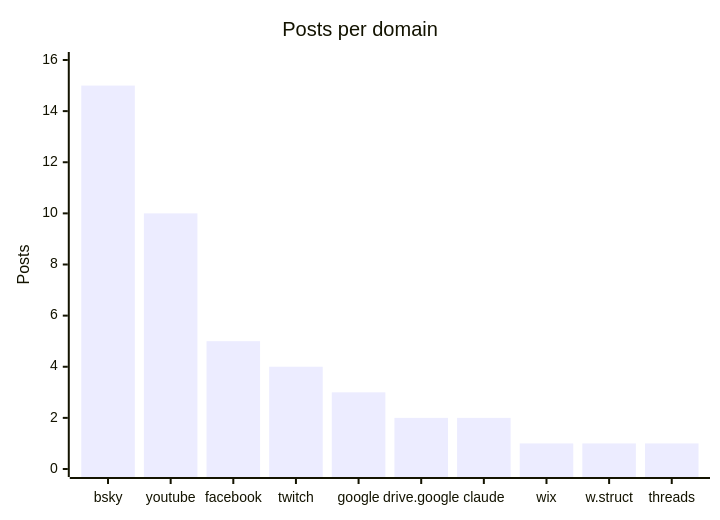
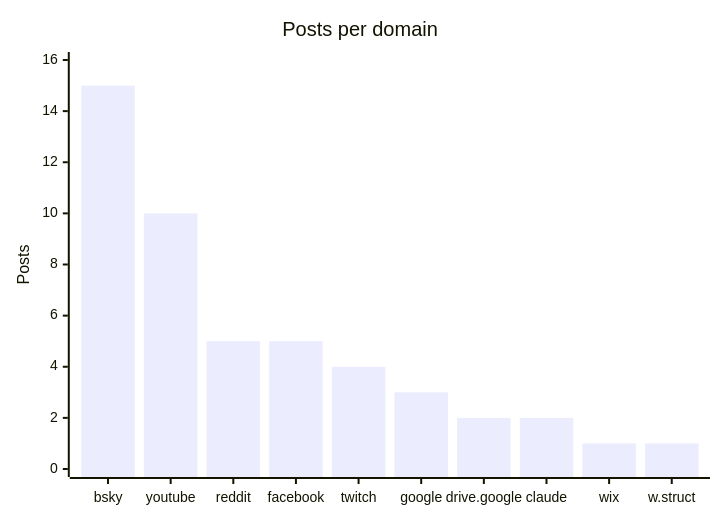
Before and after one commit to martinbalfanz/social-scanner-reports: the fourth of 4 diagrams in README.md, drawn with Mermaid. The commit also changed other lines of this file and 2 other files, not shown here.

````diff
--- a/README.md
+++ b/README.md
@@ -58,7 +58,7 @@
 ```mermaid
 xychart-beta
     title "Posts per domain"
-    x-axis ["bsky", "youtube", "facebook", "twitch", "google", "drive.google", "claude", "wix", "w.struct", "threads"]
+    x-axis ["bsky", "youtube", "reddit", "facebook", "twitch", "google", "drive.google", "claude", "wix", "w.struct"]
     y-axis "Posts" 0 --> 16
-    bar [15, 10, 5, 4, 3, 2, 2, 1, 1, 1]
+    bar [15, 10, 5, 5, 4, 3, 2, 2, 1, 1]
 ```
````
